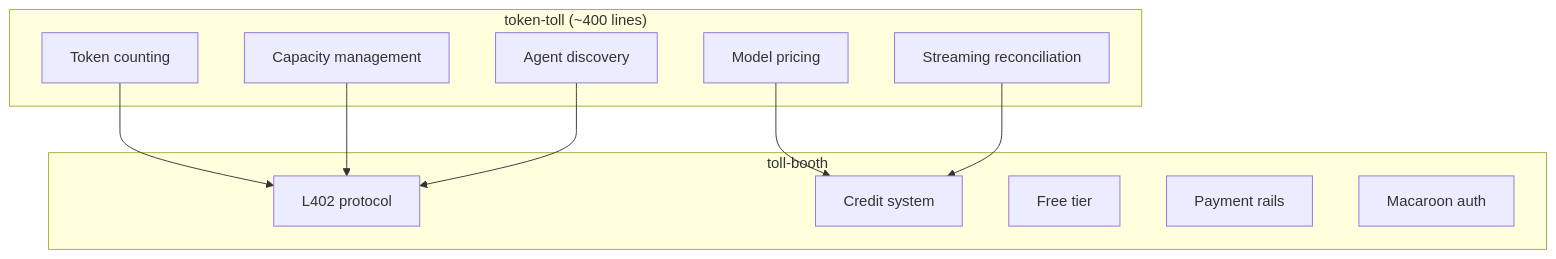
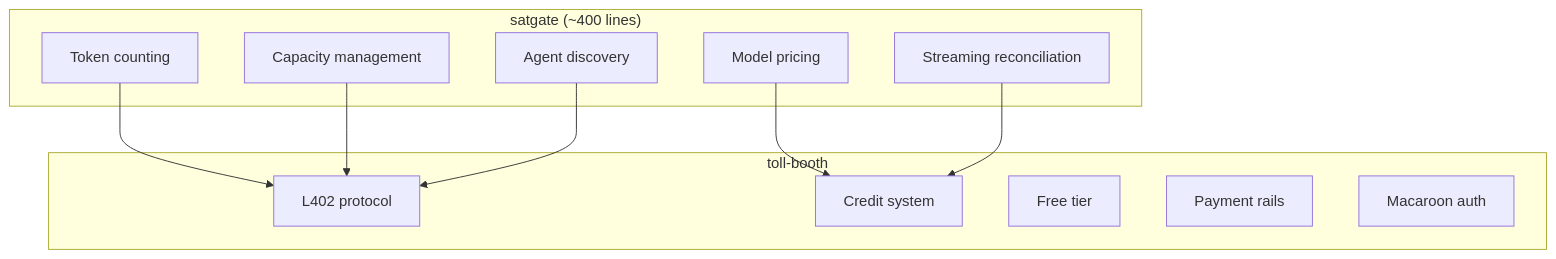
The second of 3 diagrams in README.md (TheCryptoDonkey/satgate), drawn with Mermaid before and after one commit. The commit also changed other lines of this file and 16 other files, not shown here.

First line of the commit message:
feat: rename token-toll to satgate

````diff
--- a/README.md
+++ b/README.md
@@ -83,22 +83,22 @@
 ```mermaid
 graph TB
-    subgraph "token-toll (~400 lines)"
+    subgraph "satgate (~400 lines)"
         TC[Token counting]
         MP[Model pricing]
         SR[Streaming reconciliation]
         CM[Capacity management]
         AD[Agent discovery]
     end
     subgraph "toll-booth"
         L402[L402 protocol]
         CR[Credit system]
         FT[Free tier]
         PR[Payment rails]
         MA[Macaroon auth]
     end
     TC --> L402
     MP --> CR
     SR --> CR
     CM --> L402
     AD --> L402
 ```
````
